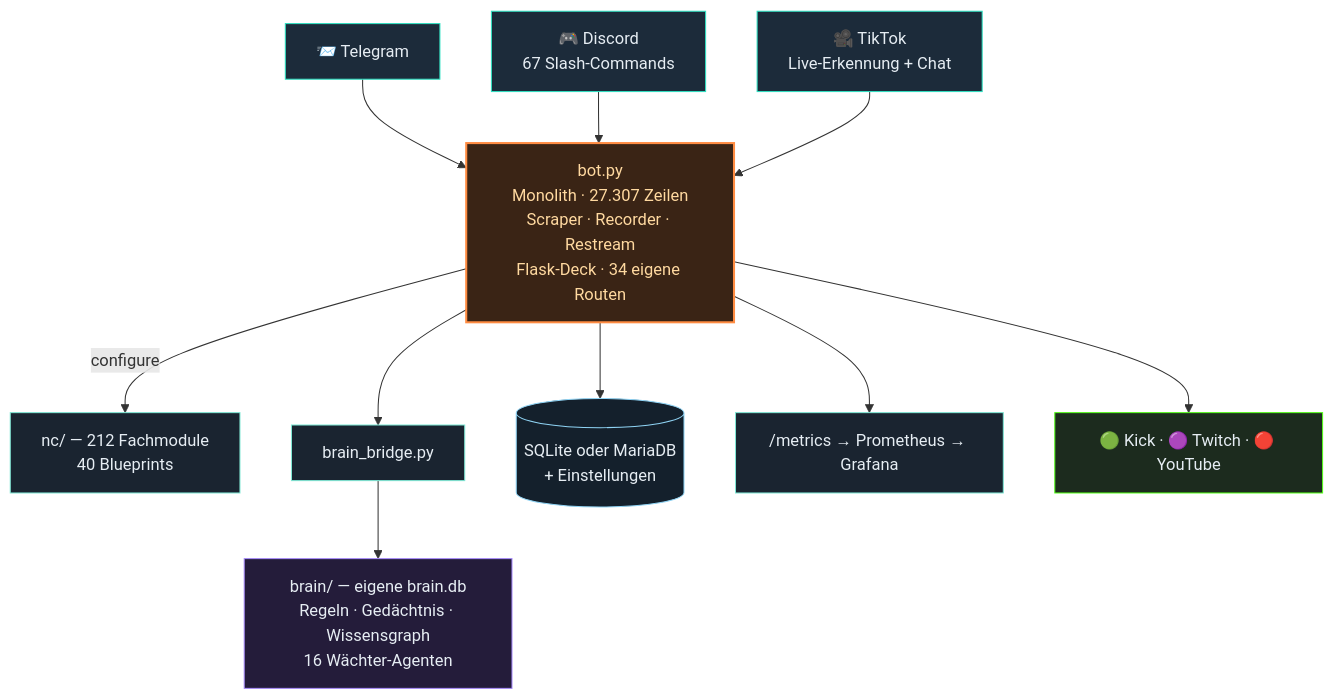
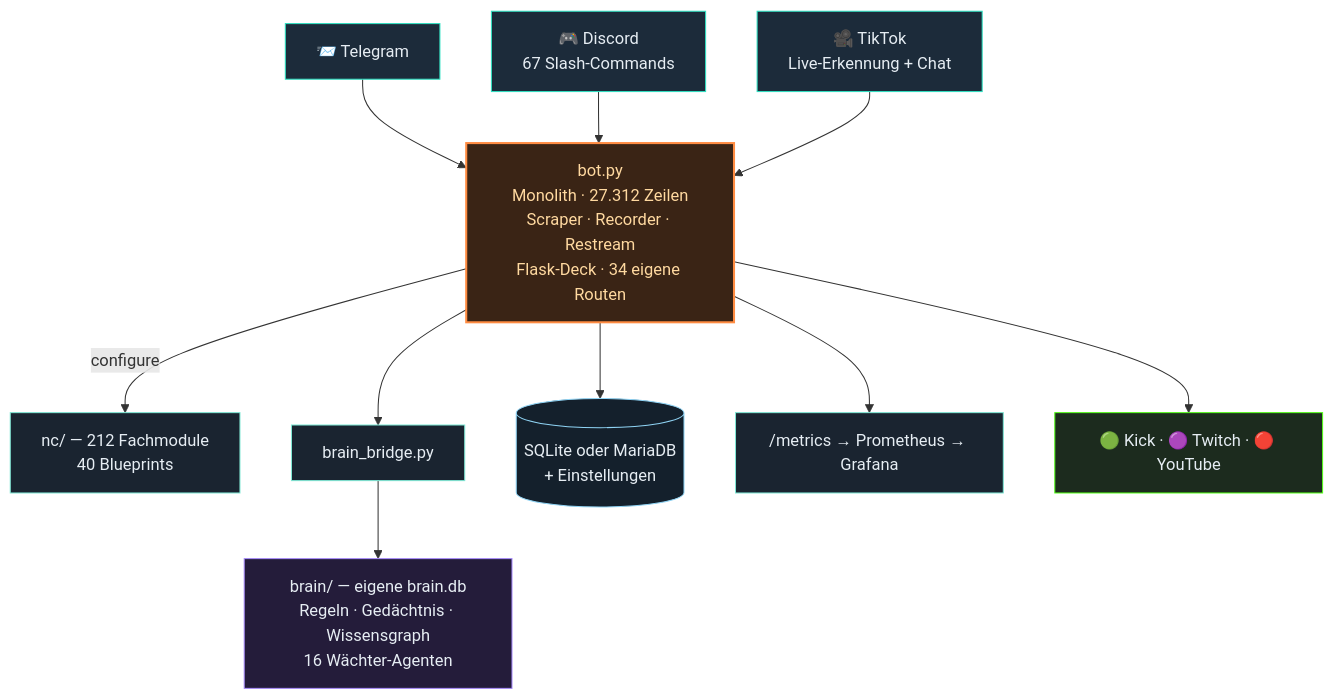
The second of 3 diagrams in README.md (itsamemedev/Telegram-Stream-Info-Bot), drawn with Mermaid before and after one commit. The commit also changed other lines of this file and 11 other files, not shown here.

````diff
--- a/README.md
+++ b/README.md
@@ -118,19 +118,19 @@
 ```mermaid
 flowchart TB
     TG["📨 Telegram"]:::ein --> BOT
     DC["🎮 Discord<br/>67 Slash-Commands"]:::ein --> BOT
     TT["🎥 TikTok<br/>Live-Erkennung + Chat"]:::ein --> BOT
-    BOT["bot.py<br/>Monolith · 27.307 Zeilen<br/>Scraper · Recorder · Restream<br/>Flask-Deck · 34 eigene Routen"]:::core
+    BOT["bot.py<br/>Monolith · 27.312 Zeilen<br/>Scraper · Recorder · Restream<br/>Flask-Deck · 34 eigene Routen"]:::core
     BOT -->|configure| NC["nc/ — 212 Fachmodule<br/>40 Blueprints"]:::lib
     BOT --> BR["brain_bridge.py"]:::lib
     BR --> BRAIN["brain/ — eigene brain.db<br/>Regeln · Gedächtnis · Wissensgraph<br/>16 Wächter-Agenten"]:::brain
     BOT --> DB[("SQLite oder MariaDB<br/>+ Einstellungen")]:::db
     BOT --> PROM["/metrics → Prometheus → Grafana"]:::lib
     BOT --> OUT["🟢 Kick · 🟣 Twitch · 🔴 YouTube"]:::out
     classDef ein fill:#1c2b3a,stroke:#2de1c2,color:#e6edf3
     classDef core fill:#3a2415,stroke:#ff8c42,stroke-width:2px,color:#ffd9a0
     classDef lib fill:#1a2430,stroke:#7fe7d4,color:#e6edf3
     classDef brain fill:#241c3a,stroke:#a78bfa,color:#e6edf3
     classDef db fill:#14202c,stroke:#8fd3f4,color:#e6edf3
     classDef out fill:#1c2b1e,stroke:#53fc18,color:#e6edf3
 ```
````
